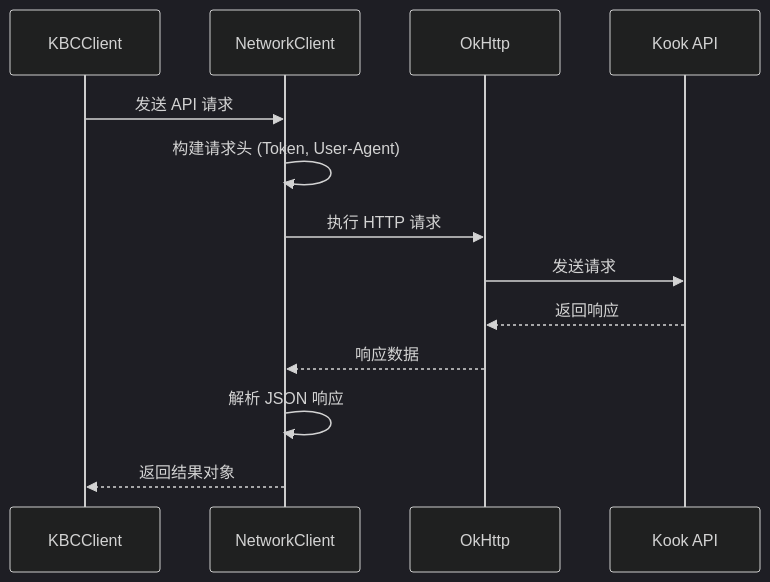
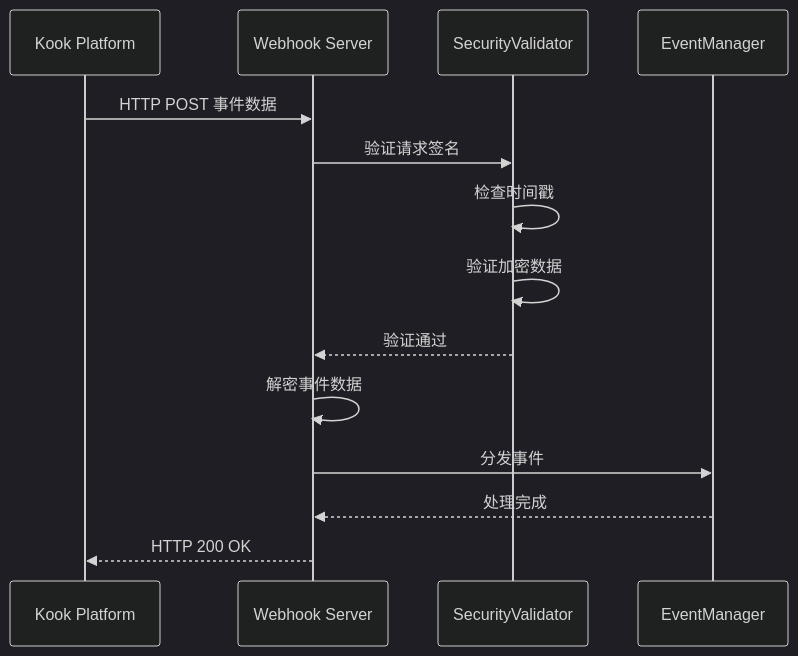
The third of 3 diagrams in src/main/java/snw/kookbc/impl/network/CLAUDE.md (SNWCreations/KookBC), drawn with Mermaid (dark theme) before and after one commit. The commit also changed other lines of this file and 106 other files, not shown here.

````diff
--- a/src/main/java/snw/kookbc/impl/network/CLAUDE.md
+++ b/src/main/java/snw/kookbc/impl/network/CLAUDE.md
@@ -116,16 +323,17 @@
 ```mermaid
 sequenceDiagram
-    participant Client as KBCClient
-    participant Network as NetworkClient
-    participant HTTP as OkHttp
-    participant API as Kook API
+    participant K as Kook Platform
+    participant S as Webhook Server
+    participant V as SecurityValidator
+    participant E as EventManager
 
-    Client->>Network: 发送 API 请求
-    Network->>Network: 构建请求头 (Token, User-Agent)
-    Network->>HTTP: 执行 HTTP 请求
-    HTTP->>API: 发送请求
-    API-->>HTTP: 返回响应
-    HTTP-->>Network: 响应数据
-    Network->>Network: 解析 JSON 响应
-    Network-->>Client: 返回结果对象
+    K->>S: HTTP POST 事件数据
+    S->>V: 验证请求签名
+    V->>V: 检查时间戳
+    V->>V: 验证加密数据
+    V-->>S: 验证通过
+    S->>S: 解密事件数据
+    S->>E: 分发事件
+    E-->>S: 处理完成
+    S-->>K: HTTP 200 OK
 ```
````
